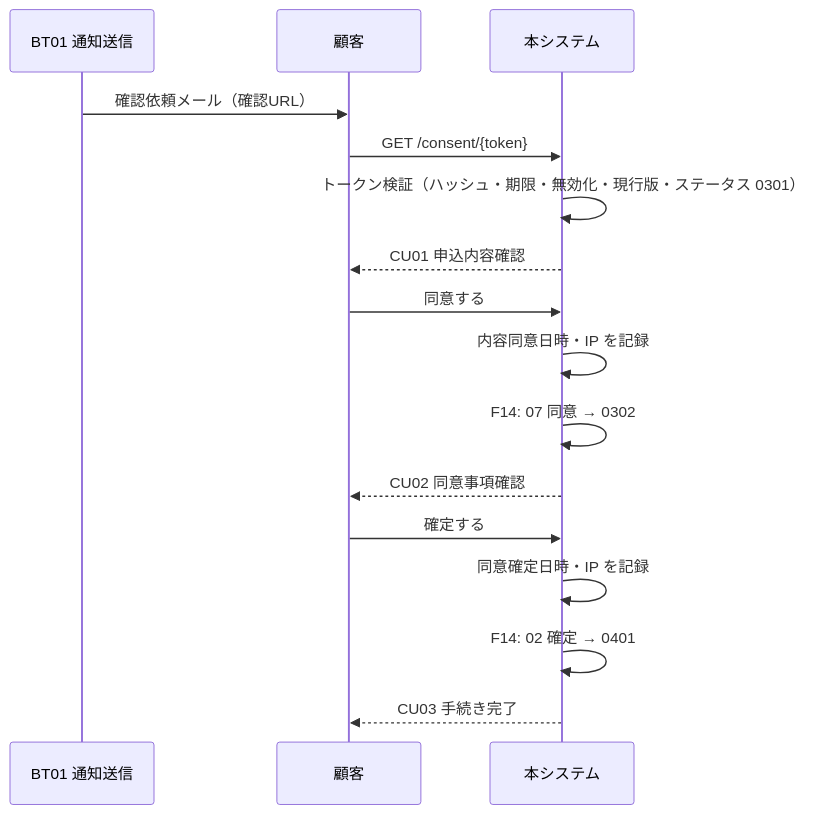
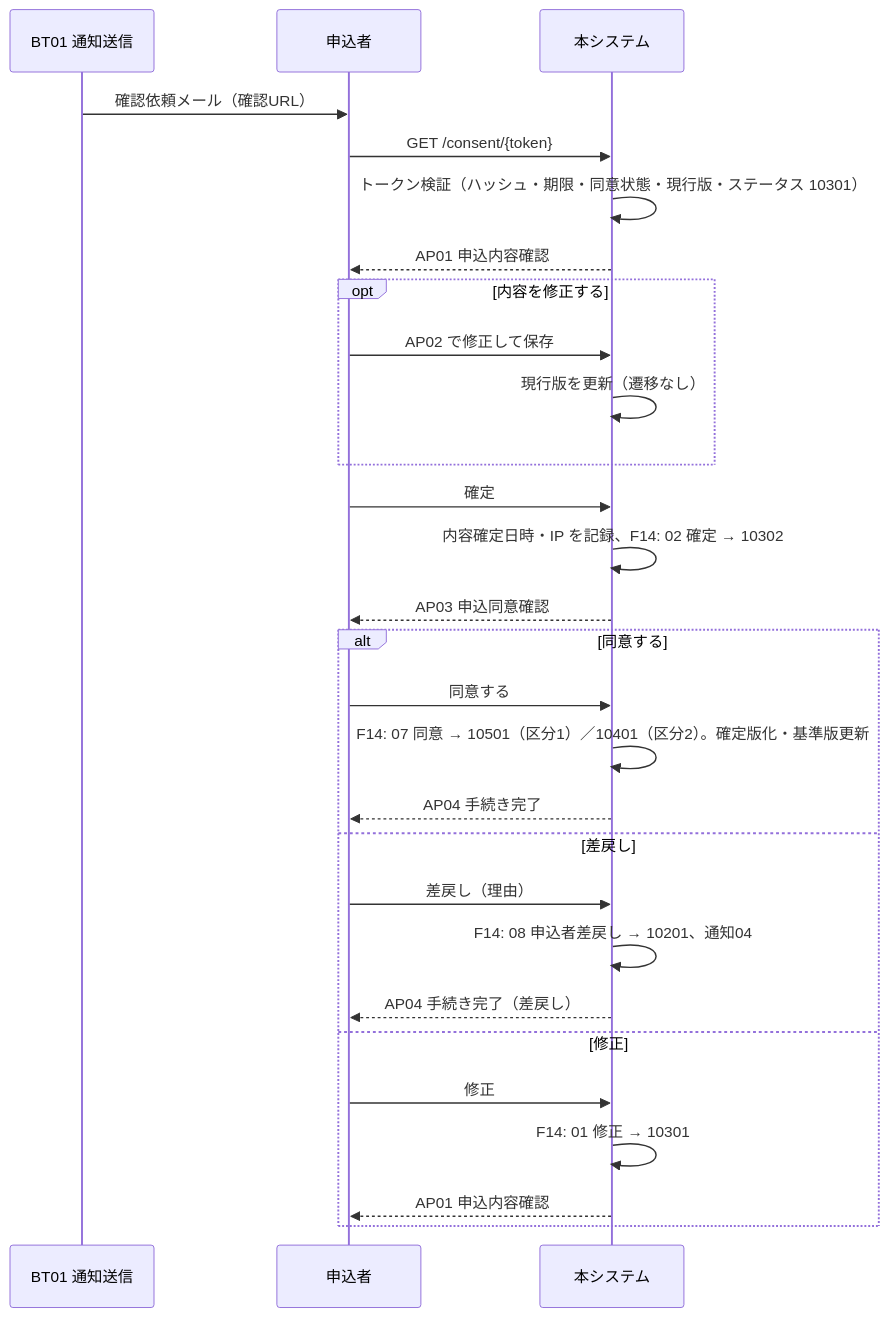
One commit to yasudaProduct/JavaServletSample2 changed the third of 4 diagrams in docs/basic-design/10-function-detail.md. Above: the diagram before and after it, drawn with Mermaid. The commit also changed other lines of this file and 26 other files, not shown here.

````diff
--- a/docs/basic-design/10-function-detail.md
+++ b/docs/basic-design/10-function-detail.md
@@ -305,18 +309,30 @@
 ```mermaid
 sequenceDiagram
     participant B as BT01 通知送信
-    participant C as 顧客
+    participant C as 申込者
     participant S as 本システム
     B->>C: 確認依頼メール（確認URL）
     C->>S: GET /consent/{token}
-    S->>S: トークン検証（ハッシュ・期限・無効化・現行版・ステータス 0301）
-    S-->>C: CU01 申込内容確認
-    C->>S: 同意する
-    S->>S: 内容同意日時・IP を記録
-    S->>S: F14: 07 同意 → 0302
-    S-->>C: CU02 同意事項確認
-    C->>S: 確定する
-    S->>S: 同意確定日時・IP を記録
-    S->>S: F14: 02 確定 → 0401
-    S-->>C: CU03 手続き完了
+    S->>S: トークン検証（ハッシュ・期限・同意状態・現行版・ステータス 10301）
+    S-->>C: AP01 申込内容確認
+    opt 内容を修正する
+        C->>S: AP02 で修正して保存
+        S->>S: 現行版を更新（遷移なし）
+    end
+    C->>S: 確定
+    S->>S: 内容確定日時・IP を記録、F14: 02 確定 → 10302
+    S-->>C: AP03 申込同意確認
+    alt 同意する
+        C->>S: 同意する
+        S->>S: F14: 07 同意 → 10501（区分1）／10401（区分2）。確定版化・基準版更新
+        S-->>C: AP04 手続き完了
+    else 差戻し
+        C->>S: 差戻し（理由）
+        S->>S: F14: 08 申込者差戻し → 10201、通知04
+        S-->>C: AP04 手続き完了（差戻し）
+    else 修正
+        C->>S: 修正
+        S->>S: F14: 01 修正 → 10301
+        S-->>C: AP01 申込内容確認
+    end
 ```
````
